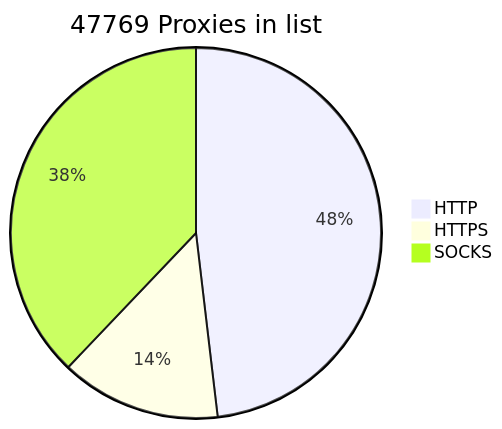
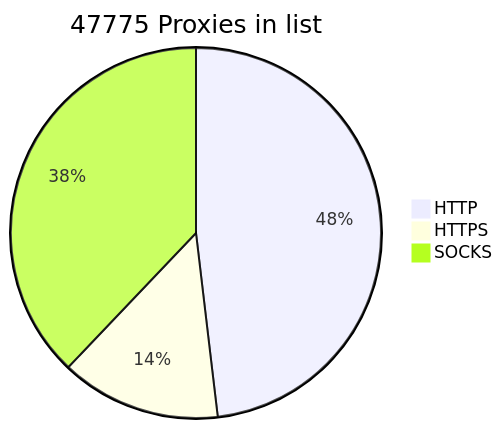
One commit to BlackSnowDot/proxylist-update-every-minute changed the diagram in README.md. Above: the diagram before and after it, drawn with Mermaid.

````diff
--- a/README.md
+++ b/README.md
@@ -2,6 +2,6 @@
 ```mermaid
-pie title 47769 Proxies in list
-    "HTTP" : 25704
-    "HTTPS": 7465
-    "SOCKS" : 20237
+pie title 47775 Proxies in list
+    "HTTP" : 25703
+    "HTTPS": 7467
+    "SOCKS" : 20241
 ```
````
